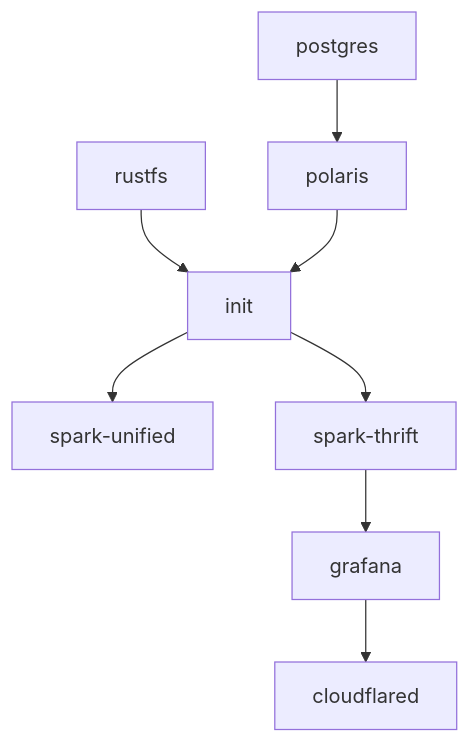
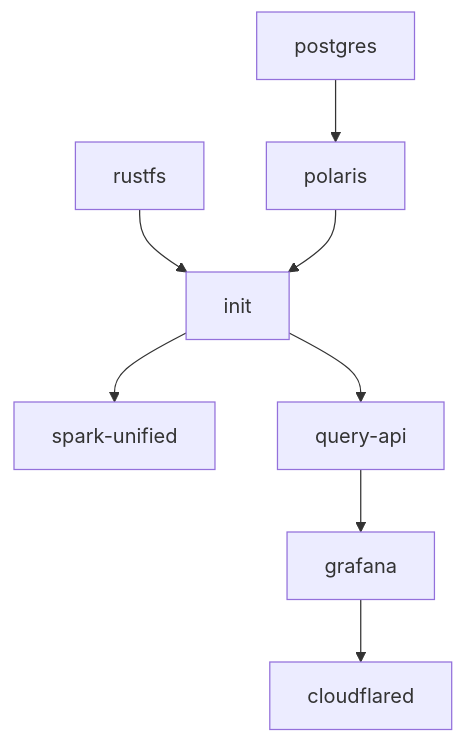
One commit to joshlizana/atomosphere changed the second of 2 diagrams in docs/TRD.md. Above: the diagram before and after it, drawn with Mermaid. The commit also changed other lines of this file and 17 other files, not shown here.

First line of the commit message:
Add query-api and Grafana services (M6 infrastructure)

````diff
--- a/docs/TRD.md
+++ b/docs/TRD.md
@@ -319,10 +319,10 @@
 ```mermaid
 flowchart TD
     PG[postgres] --> PL[polaris]
     RS[rustfs] --> INIT[init]
     PL --> INIT
     INIT --> SU[spark-unified]
-    INIT --> ST[spark-thrift]
-    ST --> GF[grafana]
+    INIT --> QA[query-api]
+    QA --> GF[grafana]
     GF --> CF[cloudflared]
 ```
````
